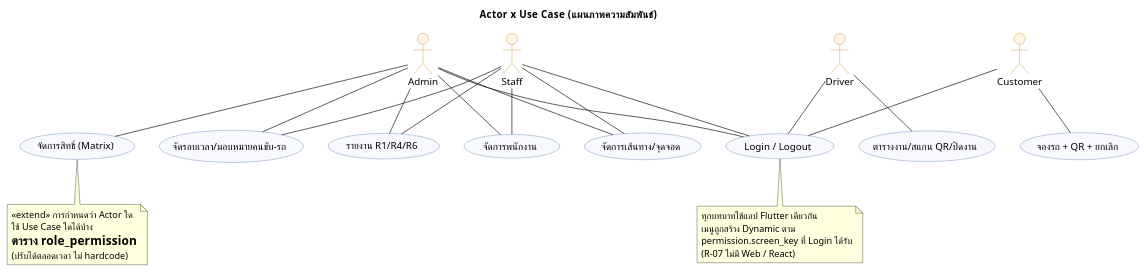
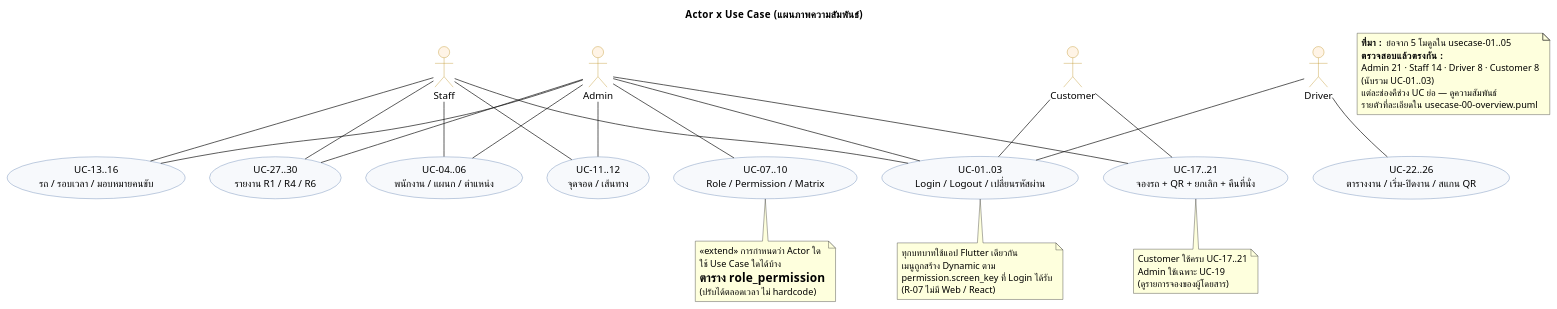
The diagram in docs/diagrams/usecase/usecase-06-actor-relation.puml (suebtas-mut/miniproject-2026), drawn with PlantUML before and after one commit. The commit also changed 3 other files, not shown here.

```diff
--- a/docs/diagrams/usecase/usecase-06-actor-relation.puml
+++ b/docs/diagrams/usecase/usecase-06-actor-relation.puml
@@ -1,61 +1,77 @@
 @startuml usecase-06-actor-relation
 ' T-004 — ความสัมพันธ์ระหว่าง Actor กับ Use Case (แบบย่อ ใช้อธิบายในรายงาน)
 ' แสดงว่าบทบาทไม่ได้ "ตายตัว" — เมนู/สิทธิ์มาจากฐานข้อมูล (R-03)
 
 title Actor x Use Case (แผนภาพความสัมพันธ์)
 
 skinparam shadowing false
 skinparam usecase {
   BackgroundColor #F7F9FC
   BorderColor #4A6FA5
 }
 skinparam actor {
   BackgroundColor #FFF4E6
   BorderColor #B8860B
 }
 
 actor "Admin" as A
 actor "Staff" as S
 actor "Driver" as D
 actor "Customer" as C
 
-usecase "จัดการพนักงาน" as U1
-usecase "จัดการสิทธิ์ (Matrix)" as U2
-usecase "จัดการเส้นทาง/จุดจอด" as U3
-usecase "จัดรอบเวลา/มอบหมายคนขับ-รถ" as U4
-usecase "จองรถ + QR + ยกเลิก" as U5
-usecase "ตารางงาน/สแกน QR/ปิดงาน" as U6
-usecase "รายงาน R1/R4/R6" as U7
-usecase "Login / Logout" as U8
+usecase "UC-01..03\nLogin / Logout / เปลี่ยนรหัสผ่าน" as U08
+usecase "UC-04..06\nพนักงาน / แผนก / ตำแหน่ง" as U01
+usecase "UC-07..10\nRole / Permission / Matrix" as U02
+usecase "UC-11..12\nจุดจอด / เส้นทาง" as U03
+usecase "UC-13..16\nรถ / รอบเวลา / มอบหมายคนขับ" as U04
+usecase "UC-17..21\nจองรถ + QR + ยกเลิก + คืนที่นั่ง" as U05
+usecase "UC-22..26\nตารางงาน / เริ่ม-ปิดงาน / สแกน QR" as U06
+usecase "UC-27..30\nรายงาน R1 / R4 / R6" as U07
 
-A -- U1
-A -- U2
-A -- U3
-A -- U4
-A -- U7
-A -- U8
-S -- U1
-S -- U3
-S -- U4
-S -- U7
-S -- U8
-D -- U6
-D -- U8
-C -- U5
-C -- U8
+A -- U01
+A -- U02
+A -- U03
+A -- U04
+A -- U05
+A -- U07
+A -- U08
+S -- U01
+S -- U03
+S -- U04
+S -- U07
+S -- U08
+D -- U06
+D -- U08
+C -- U05
+C -- U08
 
-note bottom of U2
+note bottom of U02
   <<extend>> การกำหนดว่า Actor ใด
   ใช้ Use Case ใดได้บ้าง
   = ตาราง role_permission
   (ปรับได้ตลอดเวลา ไม่ hardcode)
 end note
 
-note bottom of U8
+note bottom of U05
+  Customer ใช้ครบ UC-17..21
+  Admin ใช้เฉพาะ UC-19
+  (ดูรายการจองของผู้โดยสาร)
+end note
+
+note bottom of U08
   ทุกบทบาทใช้แอป Flutter เดียวกัน
   เมนูถูกสร้าง Dynamic ตาม
   permission.screen_key ที่ Login ได้รับ
   (R-07 ไม่มี Web / React)
 end note
 
+note as N1
+  <b>ที่มา : </b> ย่อจาก 5 โมดูลใน usecase-01..05
+  <b>ตรวจสอบแล้วตรงกัน : </b>
+  Admin 21 · Staff 14 · Driver 8 · Customer 8
+  (นับรวม UC-01..03)
+  แต่ละช่องคืช่วง UC ย่อ — ดูความสัมพันธ์
+  รายตัวที่ละเอียดใน usecase-00-overview.puml
+end note
+
 @enduml
```
